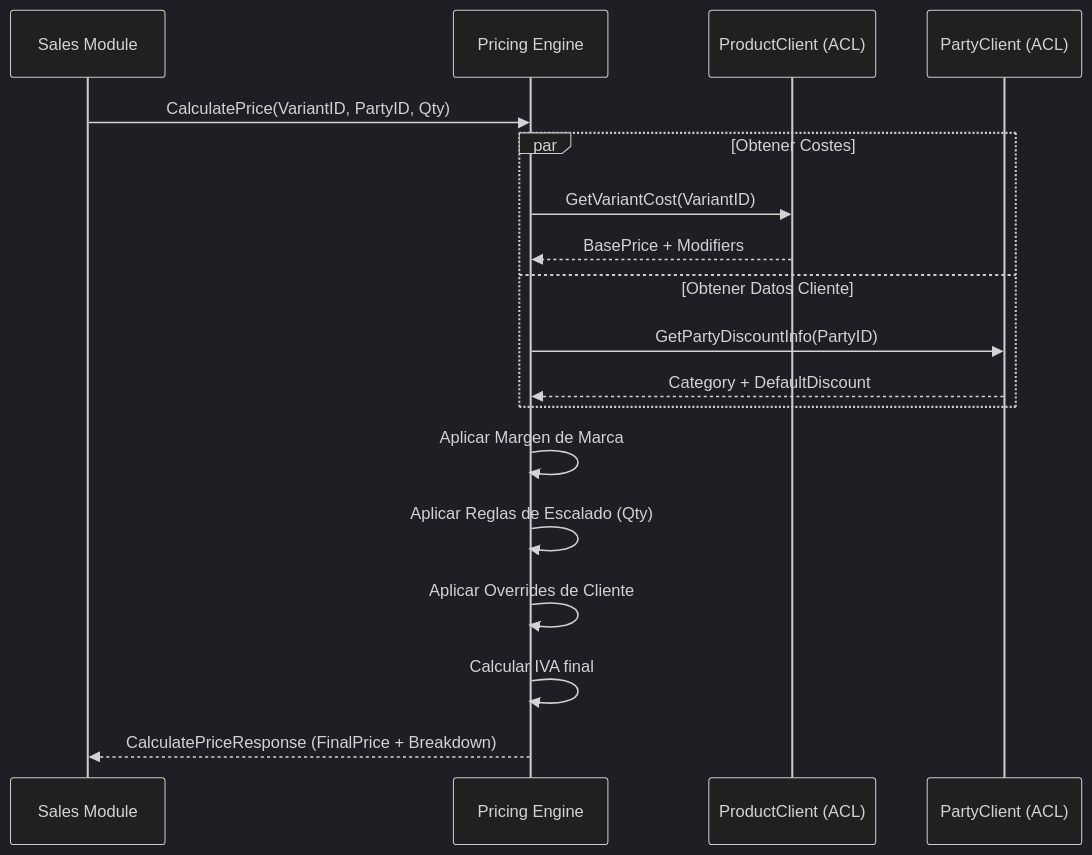
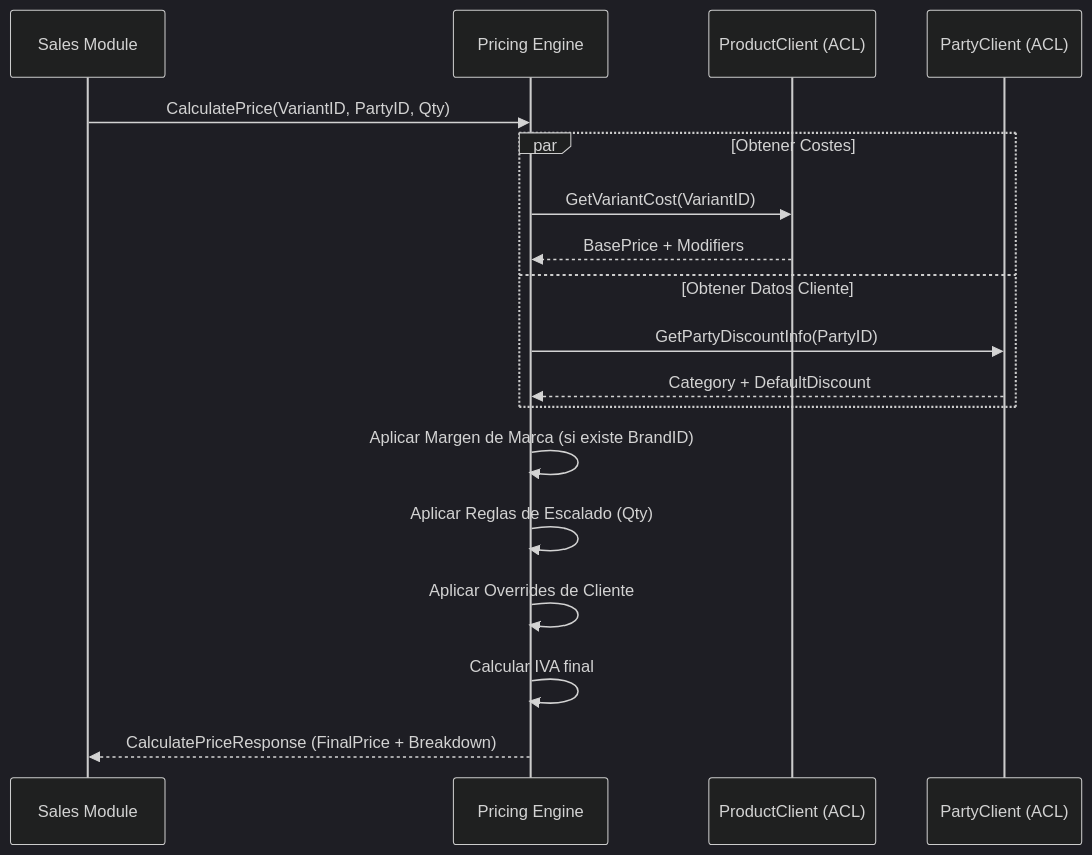
Before and after one commit to jorgecvzc/TramaTex: the second of 2 diagrams in docs/modules/pricing/integration.md, drawn with Mermaid (dark theme). The commit also changed 14 other files, not shown here.

````diff
--- a/docs/modules/pricing/integration.md
+++ b/docs/modules/pricing/integration.md
@@ -54,24 +54,24 @@
 ```mermaid
 sequenceDiagram
     participant Sales as Sales Module
     participant Engine as Pricing Engine
     participant ACL_Prod as ProductClient (ACL)
     participant ACL_Party as PartyClient (ACL)
 
     Sales->>Engine: CalculatePrice(VariantID, PartyID, Qty)
     
     par Obtener Costes
         Engine->>ACL_Prod: GetVariantCost(VariantID)
         ACL_Prod-->>Engine: BasePrice + Modifiers
     and Obtener Datos Cliente
         Engine->>ACL_Party: GetPartyDiscountInfo(PartyID)
         ACL_Party-->>Engine: Category + DefaultDiscount
     end
 
-    Engine->>Engine: Aplicar Margen de Marca
+    Engine->>Engine: Aplicar Margen de Marca (si existe BrandID)
     Engine->>Engine: Aplicar Reglas de Escalado (Qty)
     Engine->>Engine: Aplicar Overrides de Cliente
     Engine->>Engine: Calcular IVA final
 
     Engine-->>Sales: CalculatePriceResponse (FinalPrice + Breakdown)
 ```
````
